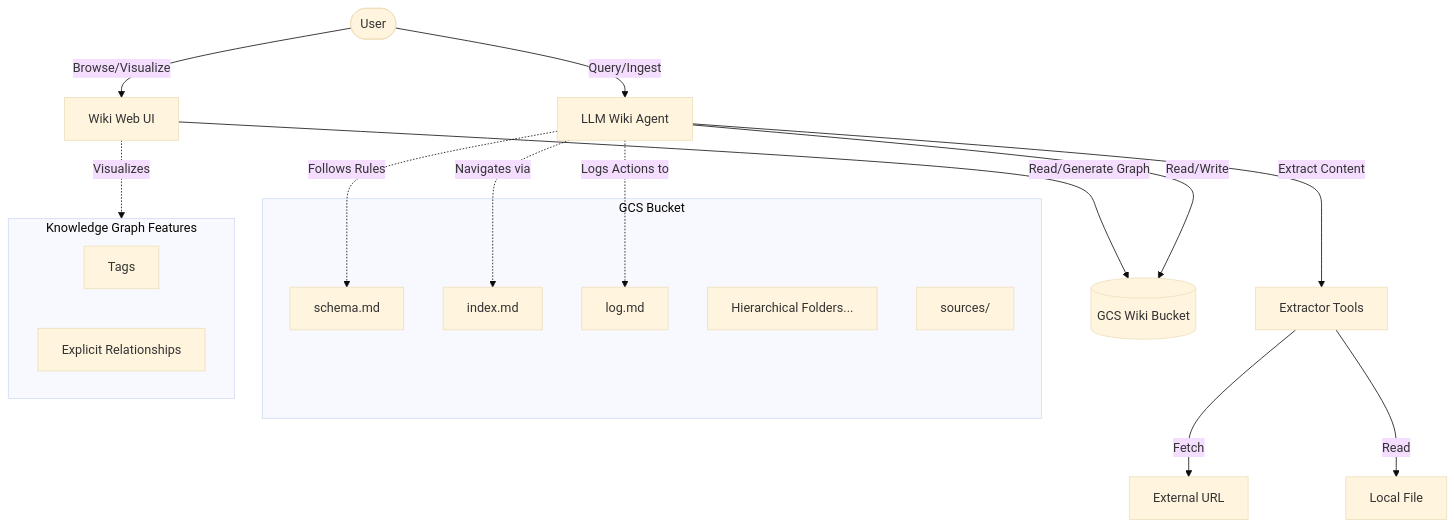
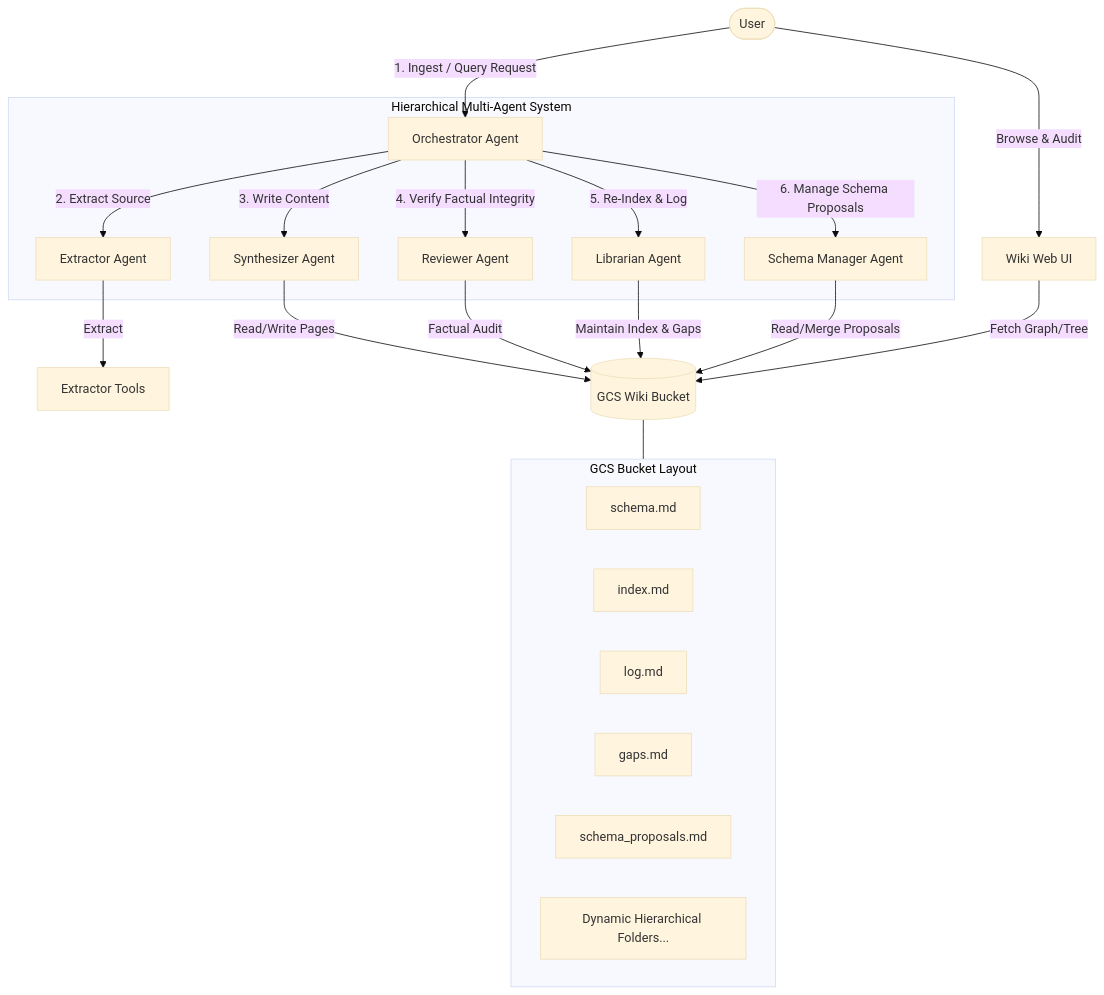
One commit to aagardezi/agentwiki-adk changed the first of 3 diagrams in blogpost.md. Above: the diagram before and after it, drawn with Mermaid (base theme). The commit also changed other lines of this file, not shown here.

Commit message:
docs: update blogpost architecture to reflect hierarchical multi-agent system and expanded UI capabilities

````diff
--- a/blogpost.md
+++ b/blogpost.md
@@ -39,30 +39,32 @@
 ```mermaid
 graph TD
-    User([User]) -->|Query/Ingest| Agent[LLM Wiki Agent]
-    User -->|Browse/Visualize| UI[Wiki Web UI]
-    Agent -->|Read/Write| GCS[(GCS Wiki Bucket)]
-    UI -->|Read/Generate Graph| GCS
-    Agent -->|Extract Content| Ext[Extractor Tools]
-    Ext -->|Fetch| Web[External URL]
-    Ext -->|Read| File[Local File]
+    User([User]) -->|1. Ingest / Query Request| Orch[Orchestrator Agent]
+    User -->|Browse & Audit| UI[Wiki Web UI]
+
+    subgraph multi_agent ["Hierarchical Multi-Agent System"]
+        Orch -->|2. Extract Source| Ext[Extractor Agent]
+        Orch -->|3. Write Content| Synth[Synthesizer Agent]
+        Orch -->|4. Verify Factual Integrity| Rev[Reviewer Agent]
+        Orch -->|5. Re-Index & Log| Lib[Librarian Agent]
+        Orch -->|6. Manage Schema Proposals| SchemaMgr[Schema Manager Agent]
+    end
+
+    Ext -->|Extract| ExtTools[Extractor Tools]
+    Synth -->|Read/Write Pages| GCS[(GCS Wiki Bucket)]
+    Rev -->|Factual Audit| GCS
+    Lib -->|Maintain Index & Gaps| GCS
+    SchemaMgr -->|Read/Merge Proposals| GCS
     
-    subgraph GCS Bucket
+    UI -->|Fetch Graph/Tree| GCS
+
+    subgraph gcs_bucket ["GCS Bucket Layout"]
         schema[schema.md]
         index[index.md]
         log[log.md]
-        folders[Hierarchical Folders...]
-        sources[sources/]
+        gaps[gaps.md]
+        proposals[schema_proposals.md]
+        hierarchy[Dynamic Hierarchical Folders...]
     end
-    
-    Agent -.->|Follows Rules| schema
-    Agent -.->|Navigates via| index
-    Agent -.->|Logs Actions to| log
-    
-    subgraph KGF [Knowledge Graph Features]
-        Tags[Tags]
-        Rels[Explicit Relationships]
-    end
-    
-    UI -.->|Visualizes| KGF
 
+    GCS --- gcs_bucket
 ```
````
